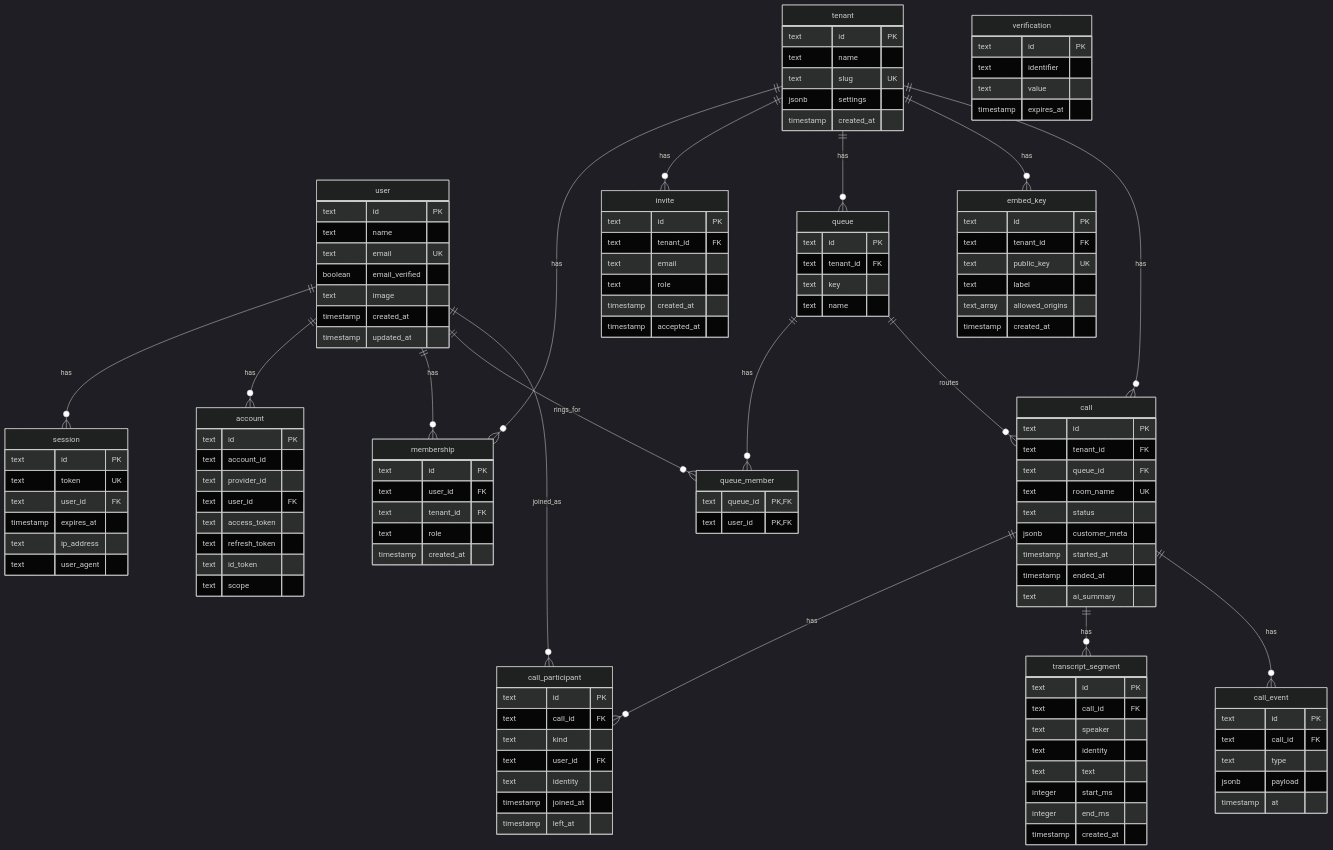
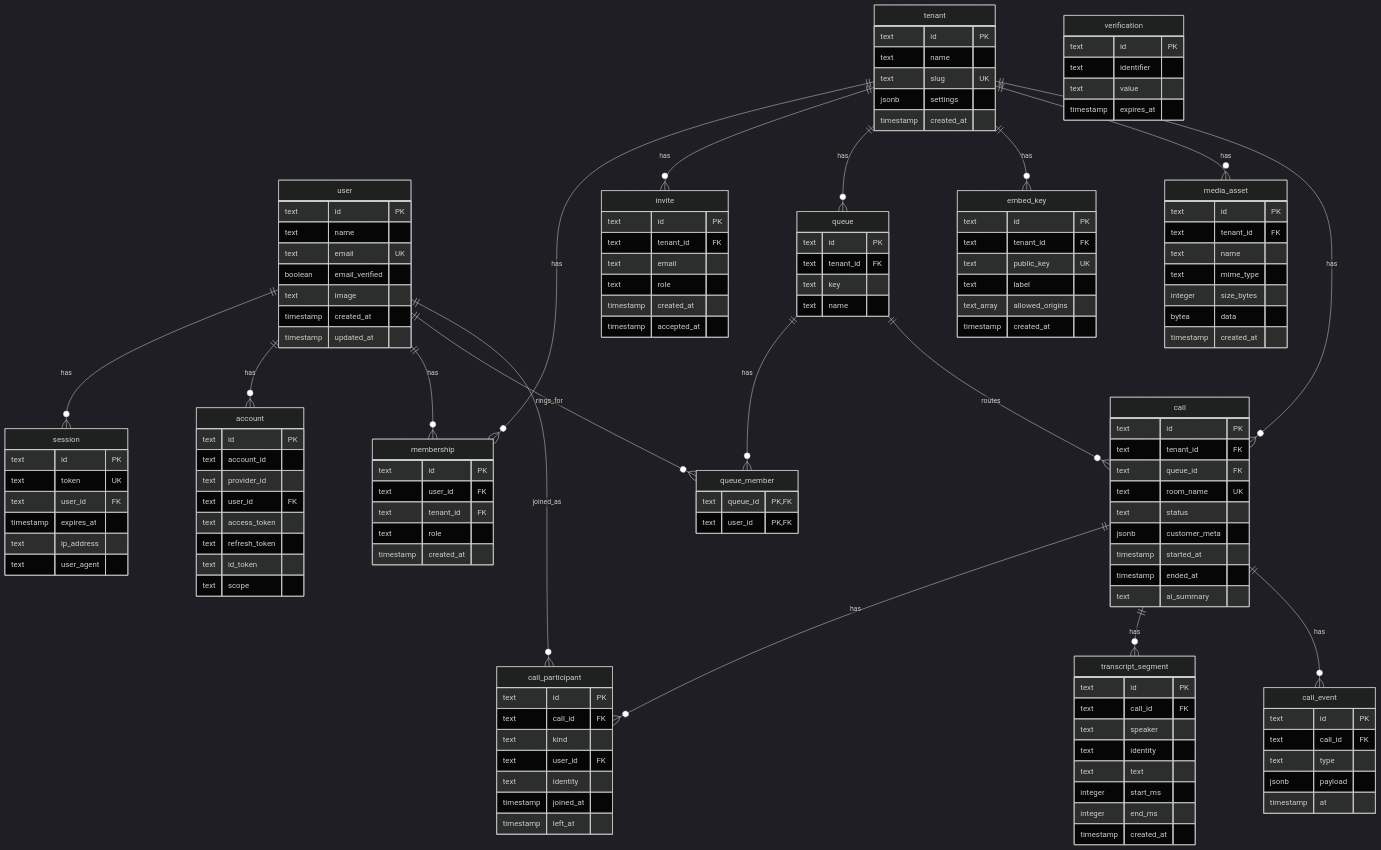
The diagram in apps/api/src/db/README.md (ggcaponetto/patchbay-contact-center), drawn with Mermaid (dark theme) before and after one commit. The commit also changed other lines of this file and 166 other files, not shown here.

```diff
--- a/apps/api/src/db/README.md
+++ b/apps/api/src/db/README.md
@@ -19,6 +19,7 @@
   tenant ||--o{ invite : has
   tenant ||--o{ queue : has
   tenant ||--o{ embed_key : has
+  tenant ||--o{ media_asset : has
   tenant ||--o{ call : has
   queue ||--o{ queue_member : has
   queue ||--o{ call : routes
@@ -99,6 +100,15 @@
     text_array allowed_origins
     timestamp created_at
   }
+  media_asset {
+    text id PK
+    text tenant_id FK
+    text name
+    text mime_type
+    integer size_bytes
+    bytea data
+    timestamp created_at
+  }
   call {
     text id PK
     text tenant_id FK
```
